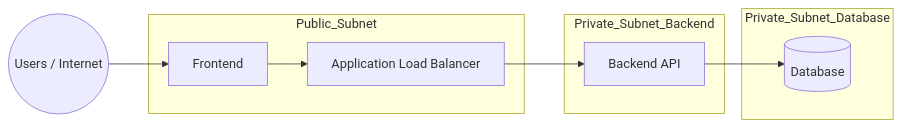
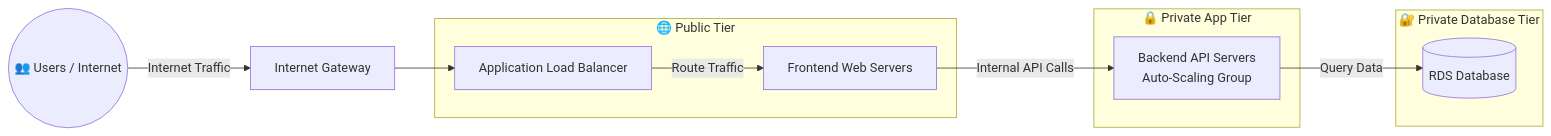
One commit to qzee-dev/terraform-3tier-architecture changed the diagram in README.md. Above: the diagram before and after it, drawn with Mermaid. The commit also changed other lines of this file, not shown here.

````diff
--- a/README.md
+++ b/README.md
@@ -21,22 +20,24 @@
 ```mermaid
 flowchart LR
-    Users((Users / Internet))
-
-    subgraph Public_Subnet
-        FE[Frontend]
+    Users((👥 Users / Internet))
+    IGW[Internet Gateway]
+    
+    subgraph Public["🌐 Public Tier"]
         ALB[Application Load Balancer]
+        FE[Frontend Web Servers]
     end
-
-    subgraph Private_Subnet_Backend
-        BE[Backend API]
+    
+    subgraph Private_App["🔒 Private App Tier"]
+        BE[Backend API Servers<br/>Auto-Scaling Group]
     end
-
-    subgraph Private_Subnet_Database
-        DB[(Database)]
+    
+    subgraph Private_DB["🔐 Private Database Tier"]
+        DB[(RDS Database)]
     end
-
-    Users --> FE
-    FE --> ALB
-    ALB --> BE
-    BE --> DB
+    
+    Users -->|Internet Traffic| IGW
+    IGW --> ALB
+    ALB -->|Route Traffic| FE
+    FE -->|Internal API Calls| BE
+    BE -->|Query Data| DB
 ```
````
